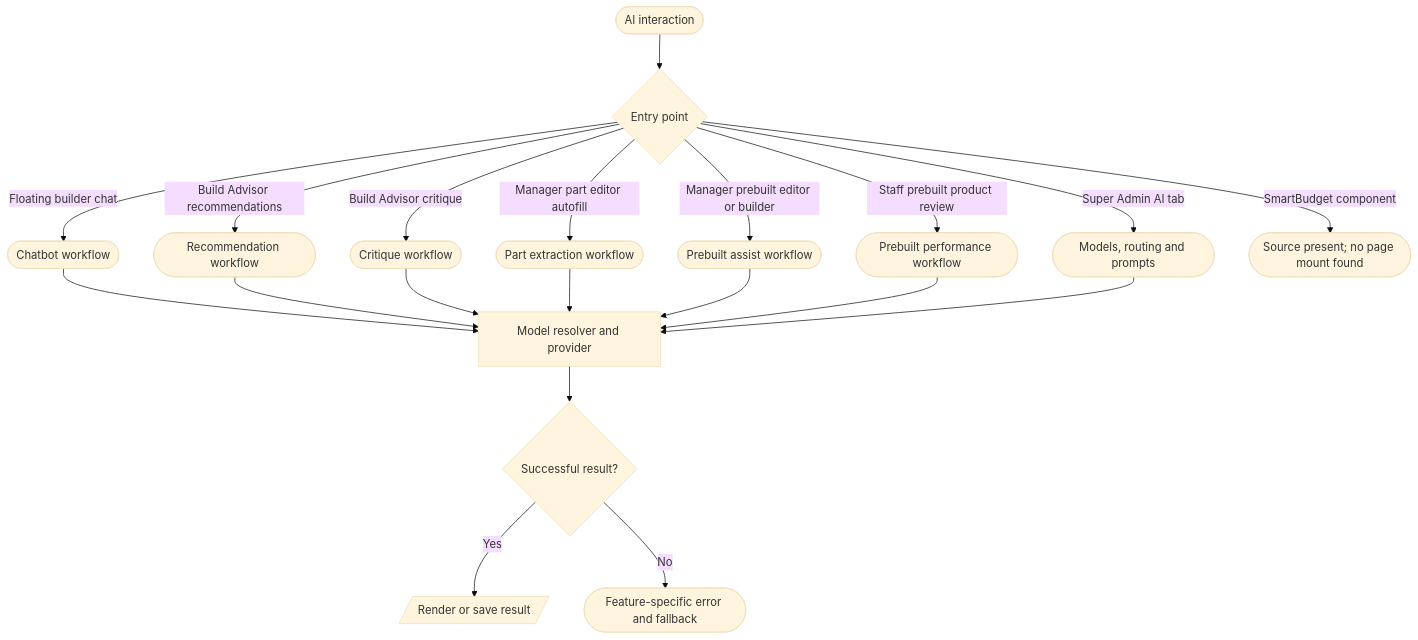
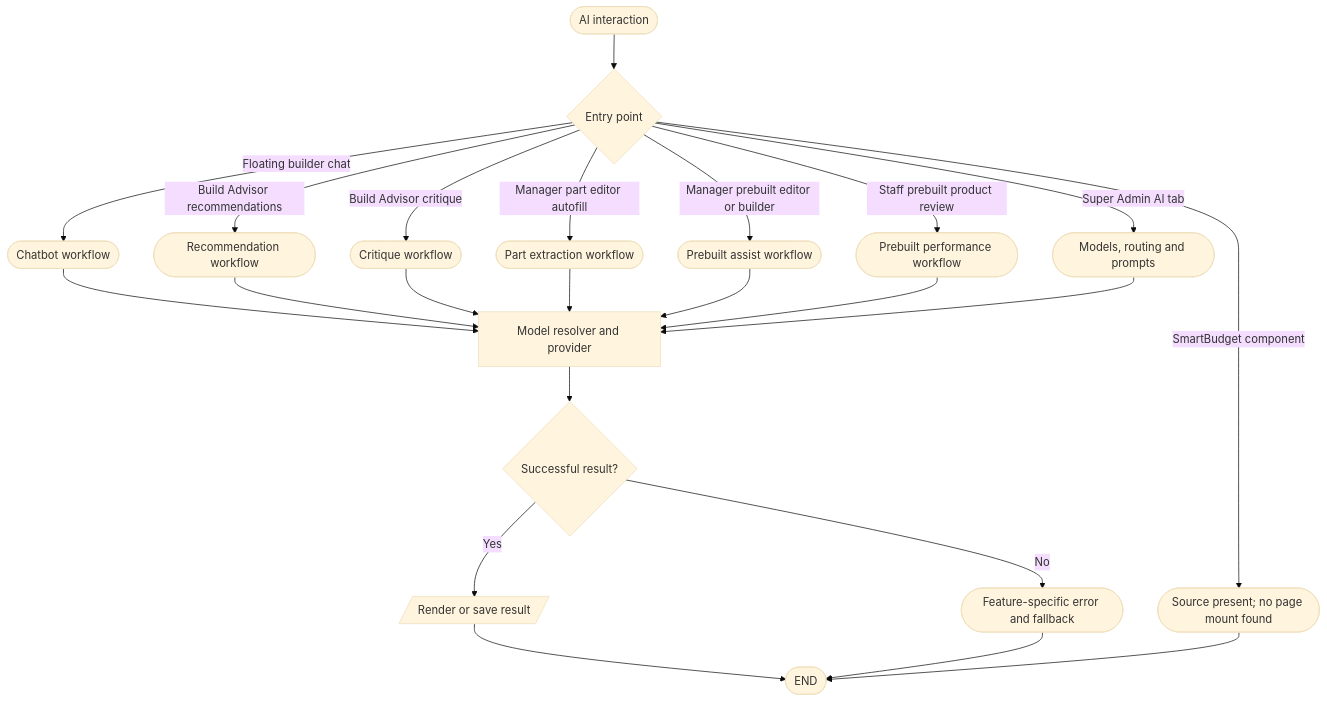
The diagram in docs/flowcharts/ai-system/ai-master-flowchart.md (VirgenRayzon/BuilbotAI), drawn with Mermaid (base theme) before and after one commit. The commit also changed other lines of this file and 109 other files, not shown here.

Commit message:
feat(builder): add live recommendations, budget slider, and updated system flowcharts

````diff
--- a/docs/flowcharts/ai-system/ai-master-flowchart.md
+++ b/docs/flowcharts/ai-system/ai-master-flowchart.md
@@ -5,22 +9,25 @@
 ```mermaid
 flowchart TD
   Start([AI interaction]) --> Entry{Entry point}
   Entry -- Floating builder chat --> Chat([Chatbot workflow])
   Entry -- Build Advisor recommendations --> Recs([Recommendation workflow])
   Entry -- Build Advisor critique --> Critique([Critique workflow])
   Entry -- Manager part editor autofill --> Part([Part extraction workflow])
   Entry -- Manager prebuilt editor or builder --> Prebuilt([Prebuilt assist workflow])
   Entry -- Staff prebuilt product review --> Performance([Prebuilt performance workflow])
   Entry -- Super Admin AI tab --> Settings([Models, routing and prompts])
   Entry -- SmartBudget component --> Dormant([Source present; no page mount found])
   Chat --> Model[Model resolver and provider]
   Recs --> Model
   Critique --> Model
   Part --> Model
   Prebuilt --> Model
   Performance --> Model
   Settings --> Model
   Model --> Result{Successful result?}
   Result -- Yes --> UI[/Render or save result/]
   Result -- No --> Error([Feature-specific error and fallback])
+  UI --> Finish([END])
+  Error --> Finish
+  Dormant --> Finish
 ```
````
